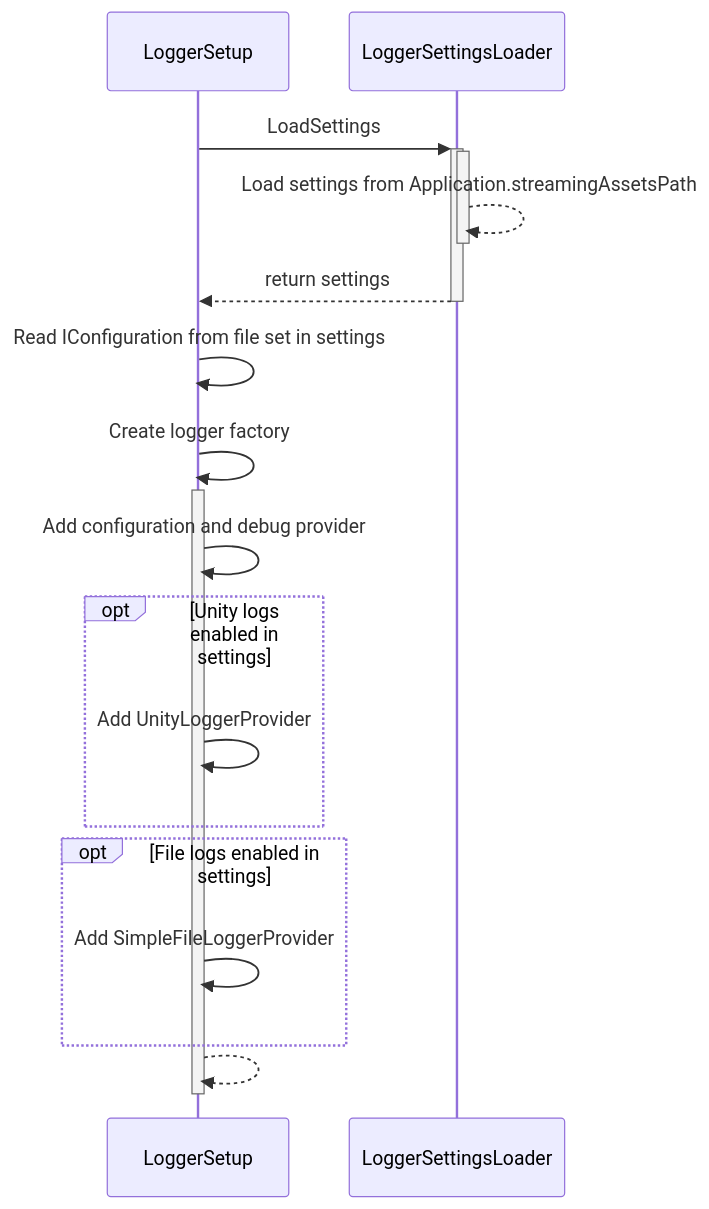
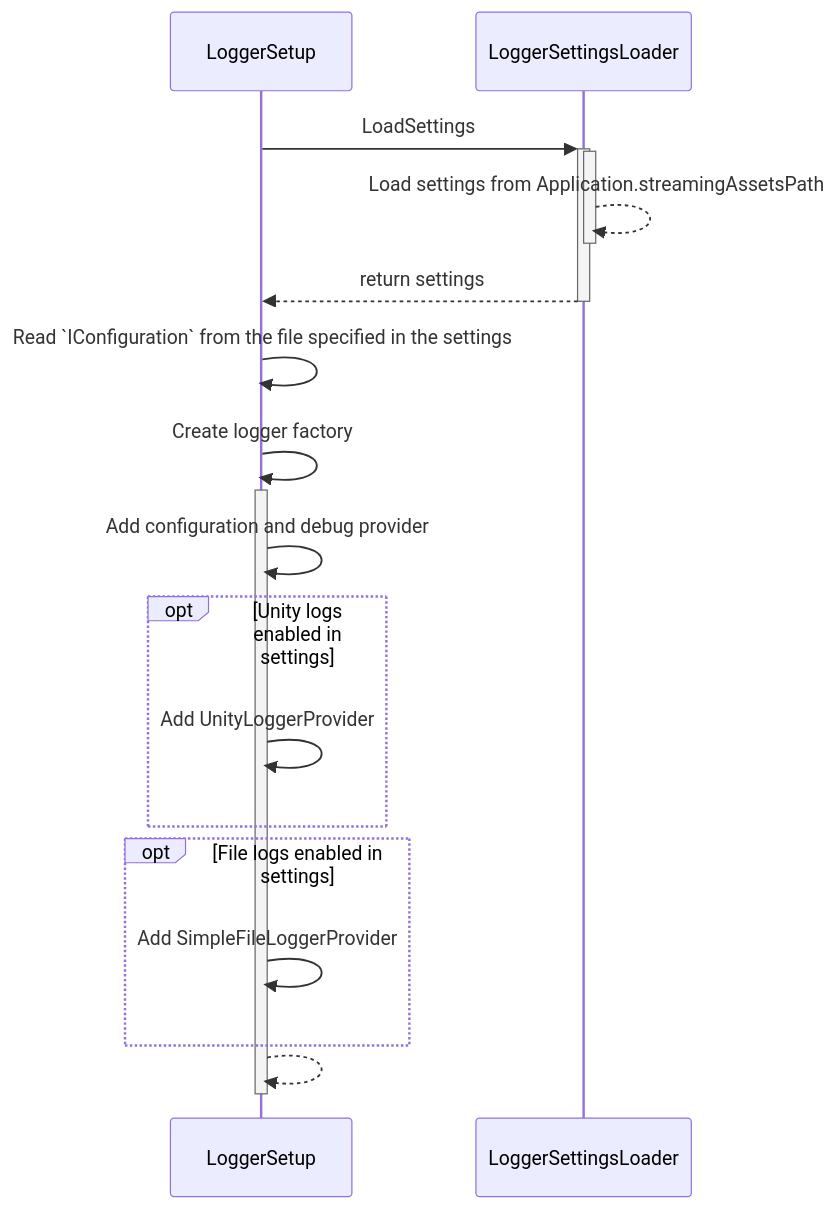
One commit to SimonVRANA/HelynLogger changed the first of 3 diagrams in com.helyn.unity.helynlogger/Doc/Technical.md. Above: the diagram before and after it, drawn with Mermaid. The commit also changed other lines of this file and 117 other files, not shown here.

````diff
--- a/com.helyn.unity.helynlogger/Doc/Technical.md
+++ b/com.helyn.unity.helynlogger/Doc/Technical.md
@@ -21,23 +19,23 @@
 ```mermaid
 sequenceDiagram
     participant LoggerSetup
     
     participant LoggerSettingsLoader
     LoggerSetup ->>+ LoggerSettingsLoader: LoadSettings
     activate LoggerSettingsLoader
     LoggerSettingsLoader -->> LoggerSettingsLoader: Load settings from Application.streamingAssetsPath
     deactivate LoggerSettingsLoader
     LoggerSettingsLoader -->>- LoggerSetup: return settings
 
-    LoggerSetup ->> LoggerSetup: Read IConfiguration from file set in settings
+    LoggerSetup ->> LoggerSetup: Read `IConfiguration` from the file specified in the settings
     LoggerSetup ->>+ LoggerSetup: Create logger factory
     LoggerSetup ->> LoggerSetup: Add configuration and debug provider
     opt Unity logs enabled in settings
     LoggerSetup ->> LoggerSetup: Add UnityLoggerProvider
     end
     opt File logs enabled in settings
     LoggerSetup ->> LoggerSetup: Add SimpleFileLoggerProvider
     end
     LoggerSetup -->>- LoggerSetup: 
 
 ```
````
